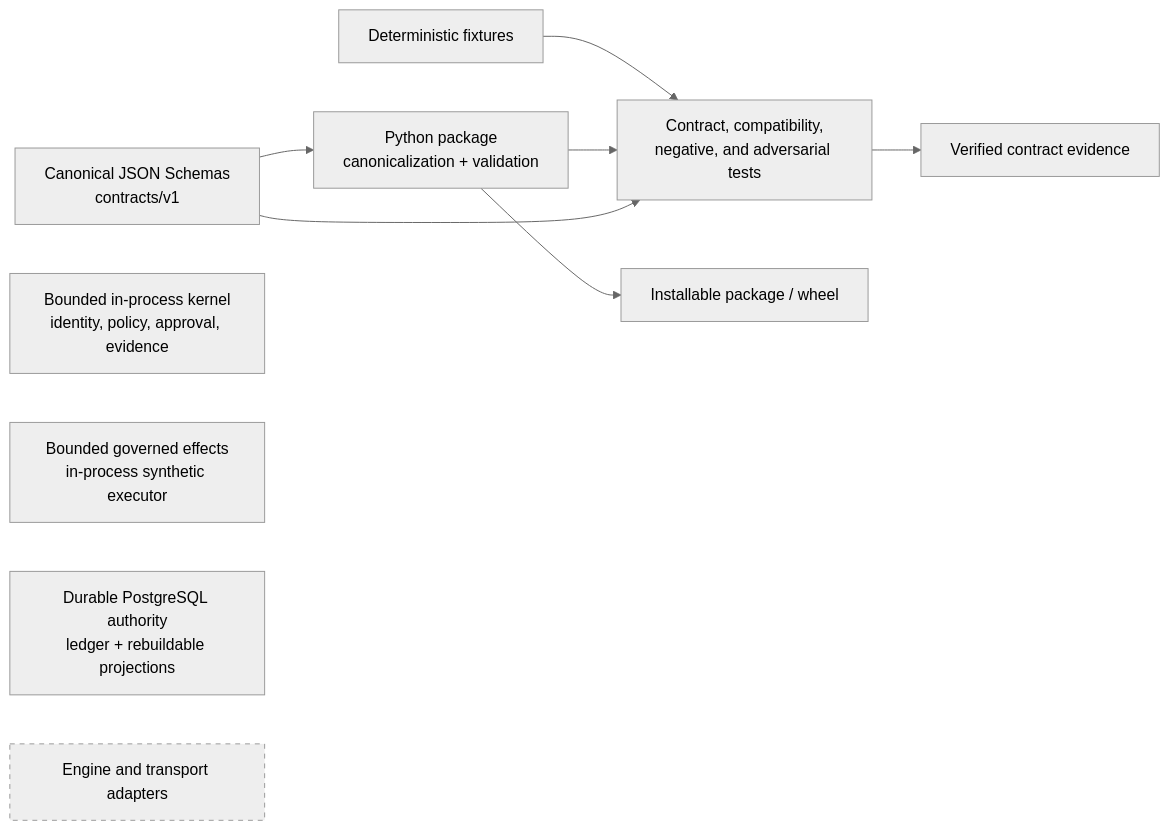
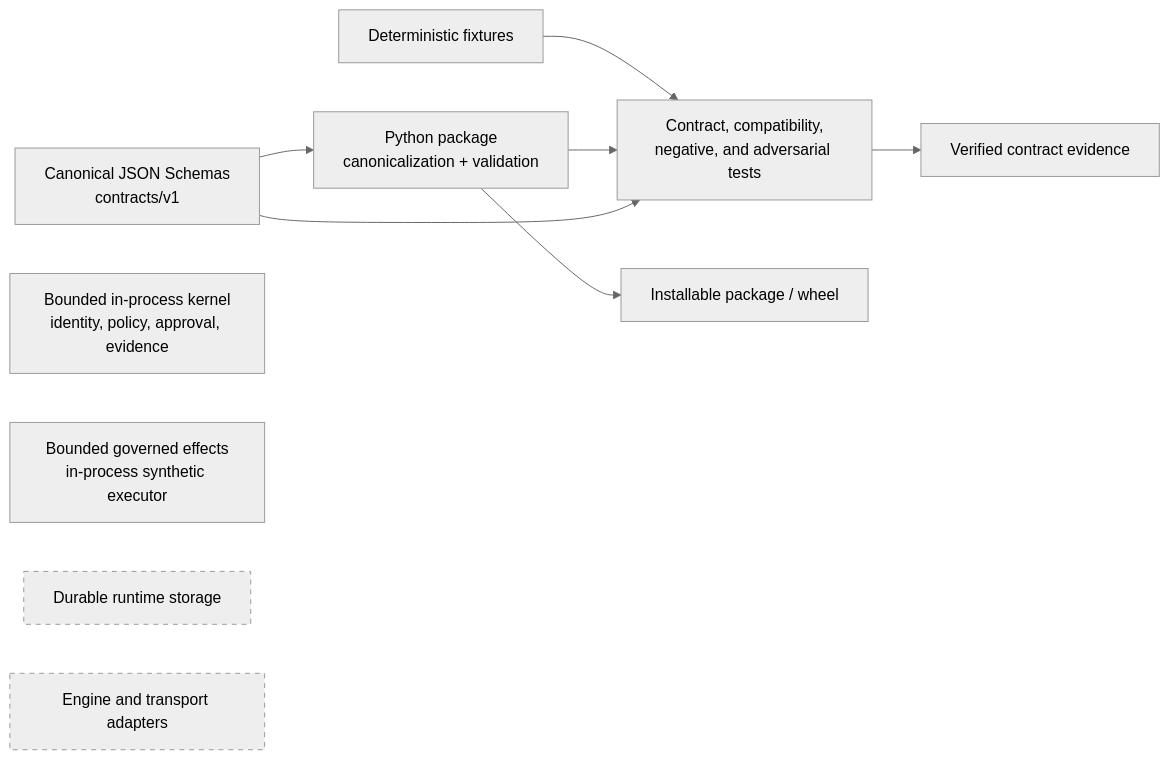
The first of 7 diagrams in docs/ARCHITECTURE.md (lamenting-hawthorn/governed-agent-harness), drawn with Mermaid (neutral theme) before and after one commit. The commit also changed other lines of this file and 36 other files, not shown here.

````diff
--- a/docs/ARCHITECTURE.md
+++ b/docs/ARCHITECTURE.md
@@ -29,16 +29,16 @@
 ```mermaid
 flowchart LR
   Schemas["Canonical JSON Schemas\ncontracts/v1"] --> Package["Python package\ncanonicalization + validation"]
   Fixtures["Deterministic fixtures"] --> Tests["Contract, compatibility,\nnegative, and adversarial tests"]
   Package --> Tests
   Schemas --> Tests
   Package --> Wheel["Installable package / wheel"]
   Tests --> Evidence["Verified contract evidence"]
 
   Runtime["Bounded in-process kernel\nidentity, policy, approval, evidence"]
   Effects["Bounded governed effects\nin-process synthetic executor"]
-  Storage["Durable PostgreSQL authority\nledger + rebuildable projections"]
+  Storage["Durable runtime storage"]:::planned
   Adapters["Engine and transport adapters"]:::planned
 
   classDef planned stroke-dasharray: 5 5
 ```
````
